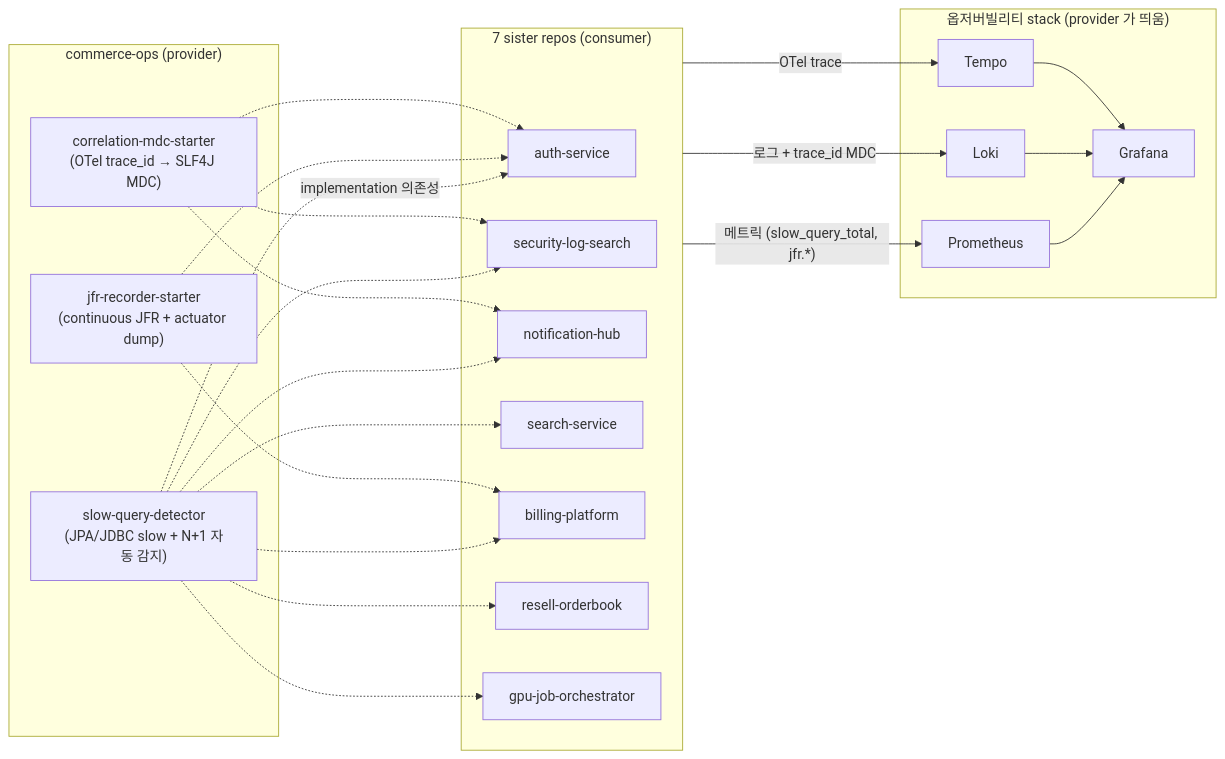
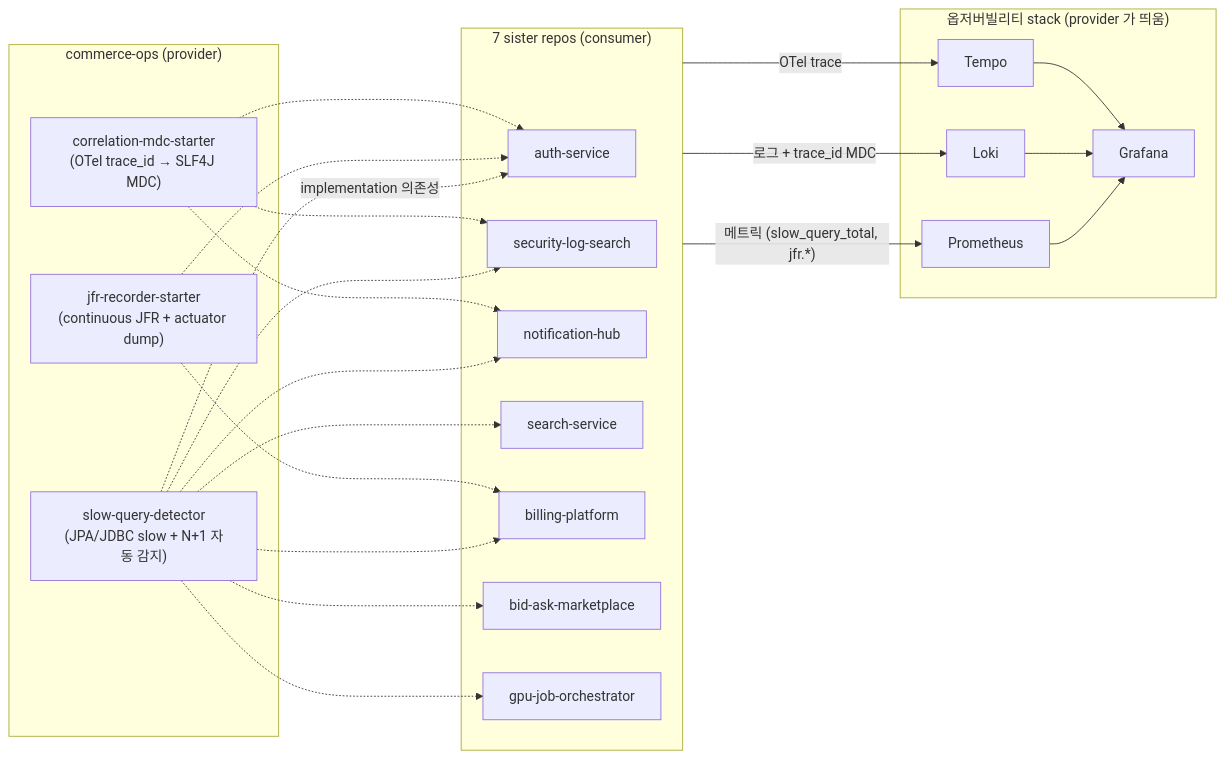
One commit to ssa1004/commerce-ops changed the diagram in README.md. Above: the diagram before and after it, drawn with Mermaid. The commit also changed other lines of this file, not shown here.

Commit message:
docs: portfolio cross-reference resell-orderbook → bid-ask-marketplace
resell-orderbook GitHub 레포가 bid-ask-marketplace 로 rename 됨.

- README.md: starter consumer 표 + mermaid 다이어그램 노드 라벨

````diff
--- a/README.md
+++ b/README.md
@@ -49,45 +49,45 @@
 ```mermaid
 flowchart LR
   subgraph providers["commerce-ops (provider)"]
     SQ["slow-query-detector\n(JPA/JDBC slow + N+1 자동 감지)"]
     JFR["jfr-recorder-starter\n(continuous JFR + actuator dump)"]
     MDC["correlation-mdc-starter\n(OTel trace_id → SLF4J MDC)"]
   end
 
   subgraph consumers["7 sister repos (consumer)"]
     AUTH[auth-service]
     SEC[security-log-search]
     NOTI[notification-hub]
     SEARCH[search-service]
     BILL[billing-platform]
-    RESELL[resell-orderbook]
+    RESELL[bid-ask-marketplace]
     GPU[gpu-job-orchestrator]
   end
 
   subgraph stack["옵저버빌리티 stack (provider 가 띄움)"]
     PROM[Prometheus]
     LOKI[Loki]
     TEMPO[Tempo]
     GRAF[Grafana]
   end
 
   SQ -.implementation 의존성.-> AUTH
   SQ -.-> SEC
   SQ -.-> NOTI
   SQ -.-> SEARCH
   SQ -.-> BILL
   SQ -.-> RESELL
   SQ -.-> GPU
   JFR -.-> AUTH
   JFR -.-> BILL
   MDC -.-> AUTH
   MDC -.-> SEC
   MDC -.-> NOTI
 
   consumers -- "메트릭 (slow_query_total, jfr.*)" --> PROM
   consumers -- "로그 + trace_id MDC" --> LOKI
   consumers -- "OTel trace" --> TEMPO
   PROM --> GRAF
   LOKI --> GRAF
   TEMPO --> GRAF
 ```
````
